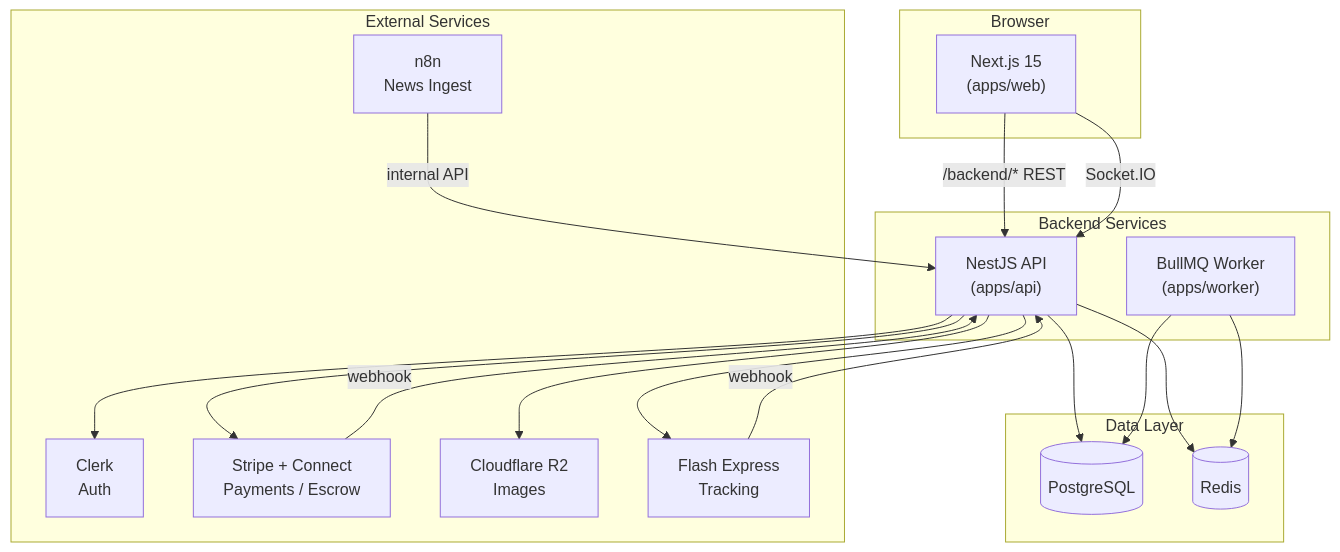
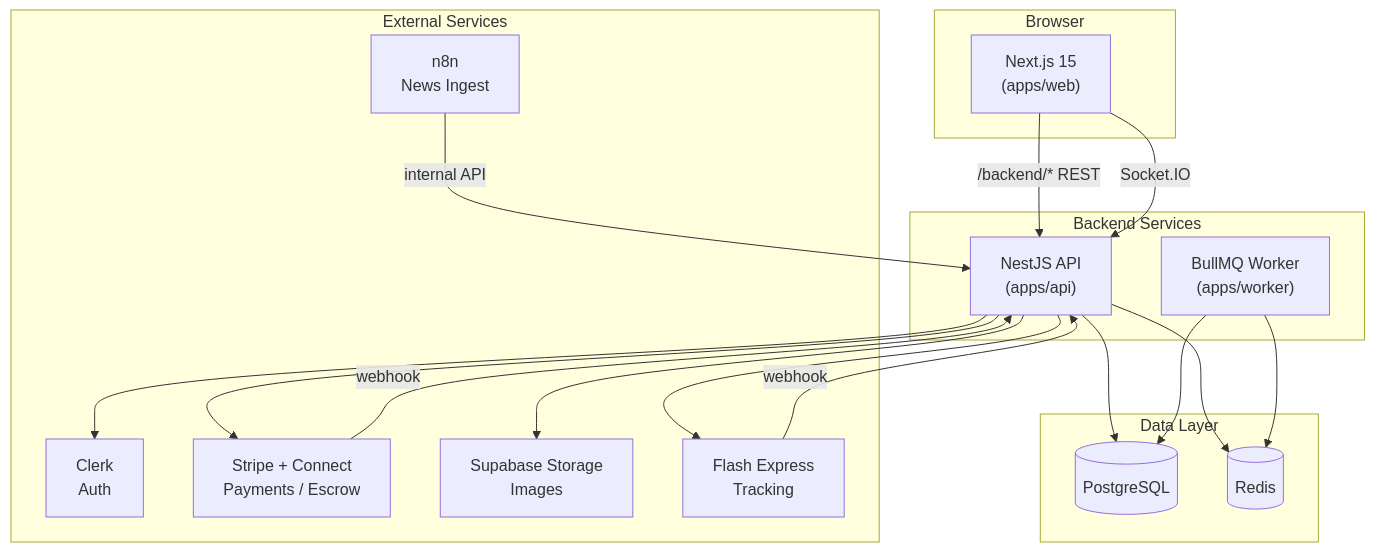
One commit to danaiwut/Card_sell_Ecommerce changed the first of 5 diagrams in README.md. Above: the diagram before and after it, drawn with Mermaid. The commit also changed other lines of this file and 28 other files, not shown here.

````diff
--- a/README.md
+++ b/README.md
@@ -67,38 +118,38 @@
 ```mermaid
 flowchart TB
     subgraph Client["Browser"]
         WEB["Next.js 15<br/>(apps/web)"]
     end
 
     subgraph Backend["Backend Services"]
         API["NestJS API<br/>(apps/api)"]
         WORKER["BullMQ Worker<br/>(apps/worker)"]
     end
 
     subgraph Data["Data Layer"]
         PG[("PostgreSQL")]
         REDIS[("Redis")]
     end
 
     subgraph External["External Services"]
         CLERK["Clerk<br/>Auth"]
         STRIPE["Stripe + Connect<br/>Payments / Escrow"]
-        R2["Cloudflare R2<br/>Images"]
+        SB["Supabase Storage<br/>Images"]
         FLASH["Flash Express<br/>Tracking"]
         N8N["n8n<br/>News Ingest"]
     end
 
     WEB -->|"/backend/* REST"| API
     WEB -->|"Socket.IO"| API
     API --> PG
     API --> REDIS
     WORKER --> PG
     WORKER --> REDIS
     API --> CLERK
     API --> STRIPE
-    API --> R2
+    API --> SB
     API --> FLASH
     N8N -->|internal API| API
     STRIPE -->|webhook| API
     FLASH -->|webhook| API
 ```
````
